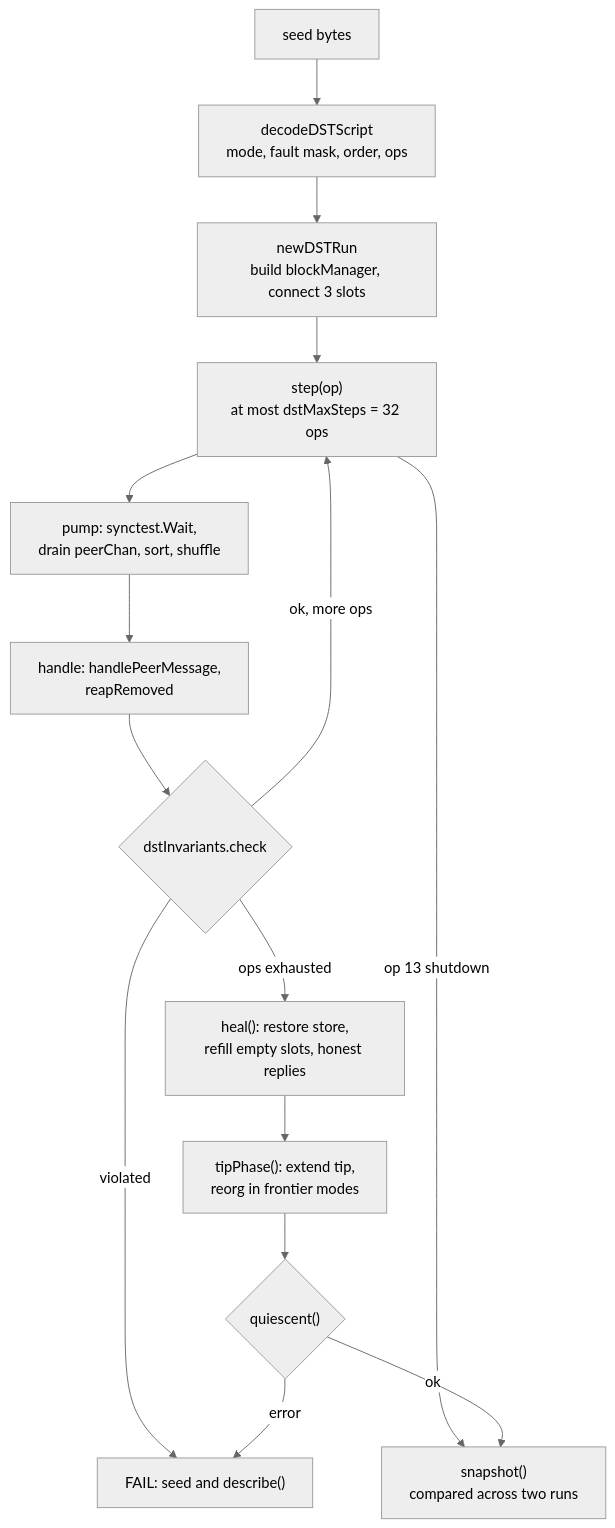
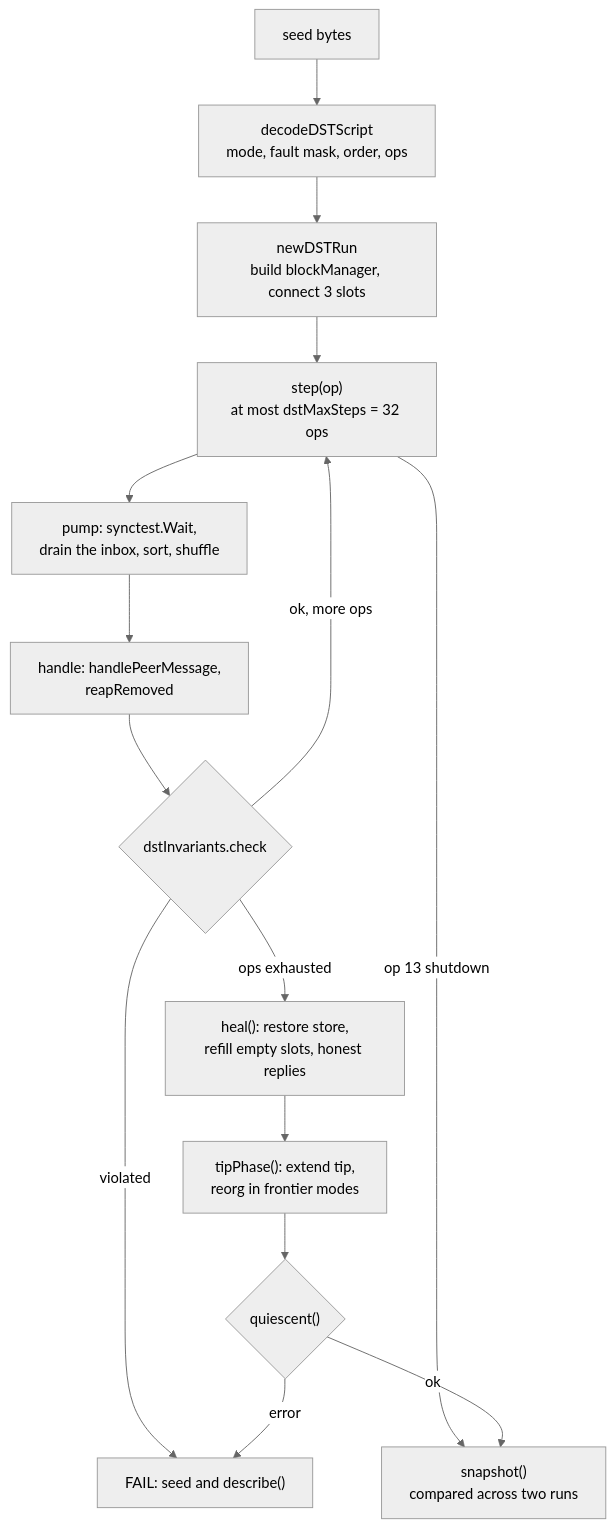
Before and after one commit to lightninglabs/neutrino: the second of 6 diagrams in docs/deterministic-sync-testing.md, drawn with Mermaid (neutral theme). The commit also changed other lines of this file and 16 other files, not shown here.

````diff
--- a/docs/deterministic-sync-testing.md
+++ b/docs/deterministic-sync-testing.md
@@ -155,23 +158,23 @@
 ```mermaid
 flowchart TB
     seed["seed bytes"]
     decode["decodeDSTScript<br/>mode, fault mask, order, ops"]
     setup["newDSTRun<br/>build blockManager, connect 3 slots"]
     step["step(op)<br/>at most dstMaxSteps = 32 ops"]
-    pump["pump: synctest.Wait,<br/>drain peerChan, sort, shuffle"]
+    pump["pump: synctest.Wait,<br/>drain the inbox, sort, shuffle"]
     handle["handle: handlePeerMessage,<br/>reapRemoved"]
     check{"dstInvariants.check"}
     heal["heal(): restore store,<br/>refill empty slots, honest replies"]
     tip["tipPhase(): extend tip,<br/>reorg in frontier modes"]
     quiet{"quiescent()"}
     snap["snapshot()<br/>compared across two runs"]
     fail["FAIL: seed and describe()"]
 
     seed --> decode --> setup --> step --> pump --> handle --> check
     check -- "violated" --> fail
     check -- "ok, more ops" --> step
     check -- "ops exhausted" --> heal --> tip --> quiet
     step -- "op 13 shutdown" --> snap
     quiet -- "ok" --> snap
     quiet -- "error" --> fail
 ```
````
